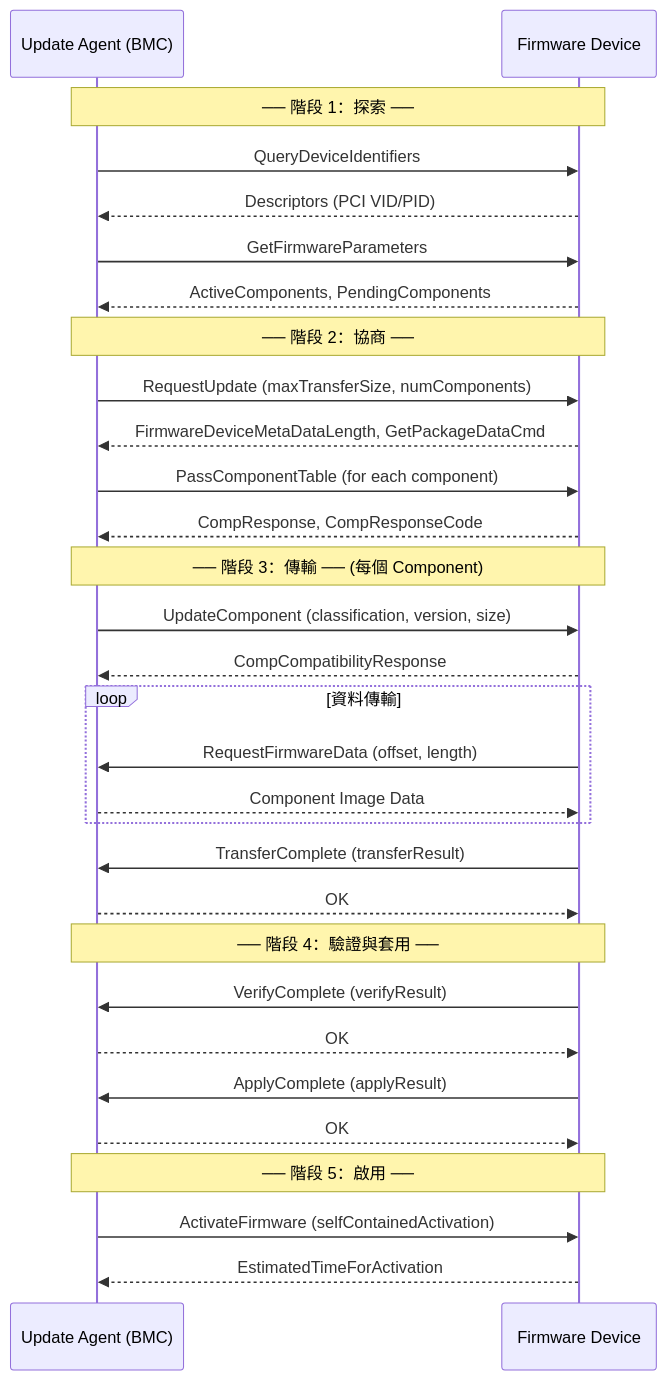
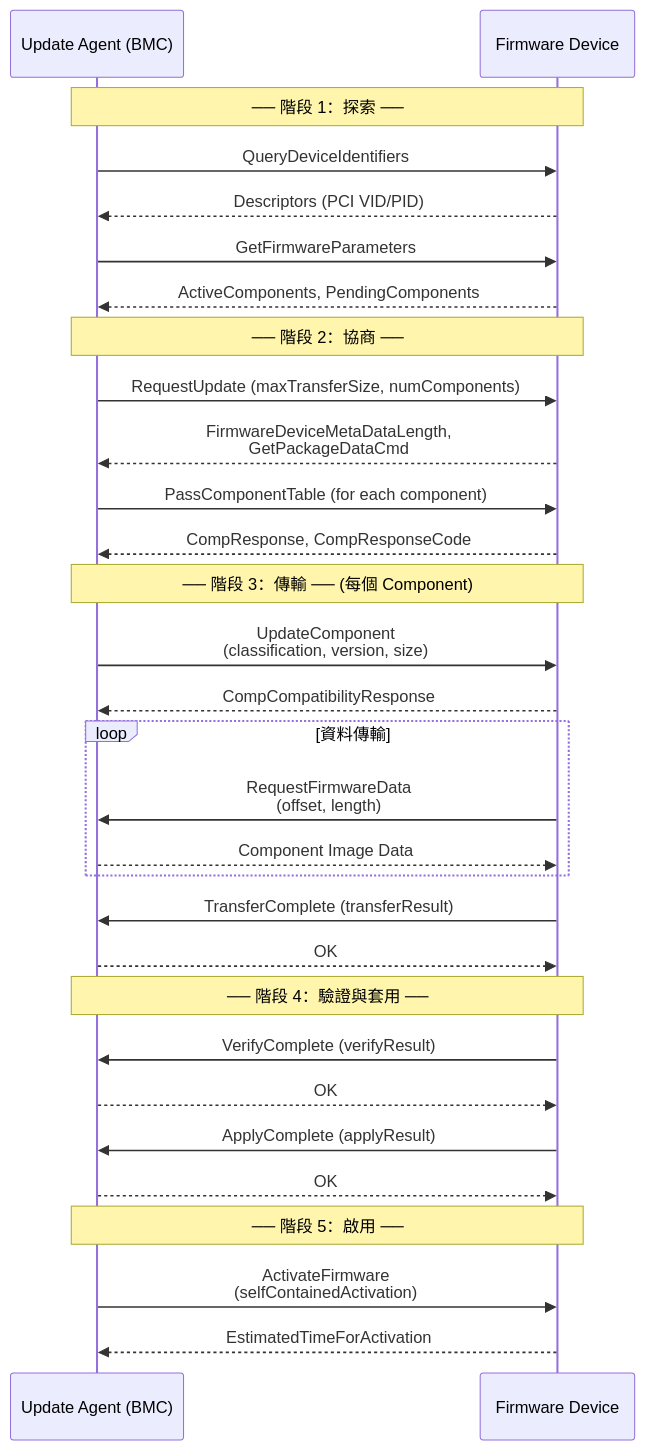
Before and after one commit to chilung-cgu/bmc-firmware-knowledge-base: the second of 2 diagrams in pldm/TypeFirmwareUpdate.md, drawn with Mermaid. The commit also changed other lines of this file and 18 other files, not shown here.

First line of the commit message:
docs(pldm): 批量優化 Mermaid 流程圖排版解決文字截斷問題

````diff
--- a/pldm/TypeFirmwareUpdate.md
+++ b/pldm/TypeFirmwareUpdate.md
@@ -153,40 +155,40 @@
 ```mermaid
 sequenceDiagram
     participant UA as Update Agent (BMC)
     participant FD as Firmware Device
 
     Note over UA,FD: ── 階段 1：探索 ──
     UA->>FD: QueryDeviceIdentifiers
     FD-->>UA: Descriptors (PCI VID/PID)
     UA->>FD: GetFirmwareParameters
     FD-->>UA: ActiveComponents, PendingComponents
 
     Note over UA,FD: ── 階段 2：協商 ──
     UA->>FD: RequestUpdate (maxTransferSize, numComponents)
-    FD-->>UA: FirmwareDeviceMetaDataLength, GetPackageDataCmd
+    FD-->>UA: FirmwareDeviceMetaDataLength,<br>GetPackageDataCmd
 
     UA->>FD: PassComponentTable (for each component)
     FD-->>UA: CompResponse, CompResponseCode
 
     Note over UA,FD: ── 階段 3：傳輸 ──  (每個 Component)
-    UA->>FD: UpdateComponent (classification, version, size)
+    UA->>FD: UpdateComponent<br>(classification, version, size)
     FD-->>UA: CompCompatibilityResponse
 
     loop 資料傳輸
-        FD->>UA: RequestFirmwareData (offset, length)
+        FD->>UA: RequestFirmwareData<br>(offset, length)
         UA-->>FD: Component Image Data
     end
 
     FD->>UA: TransferComplete (transferResult)
     UA-->>FD: OK
 
     Note over UA,FD: ── 階段 4：驗證與套用 ──
     FD->>UA: VerifyComplete (verifyResult)
     UA-->>FD: OK
     FD->>UA: ApplyComplete (applyResult)
     UA-->>FD: OK
 
     Note over UA,FD: ── 階段 5：啟用 ──
-    UA->>FD: ActivateFirmware (selfContainedActivation)
+    UA->>FD: ActivateFirmware<br>(selfContainedActivation)
     FD-->>UA: EstimatedTimeForActivation
 ```
````
